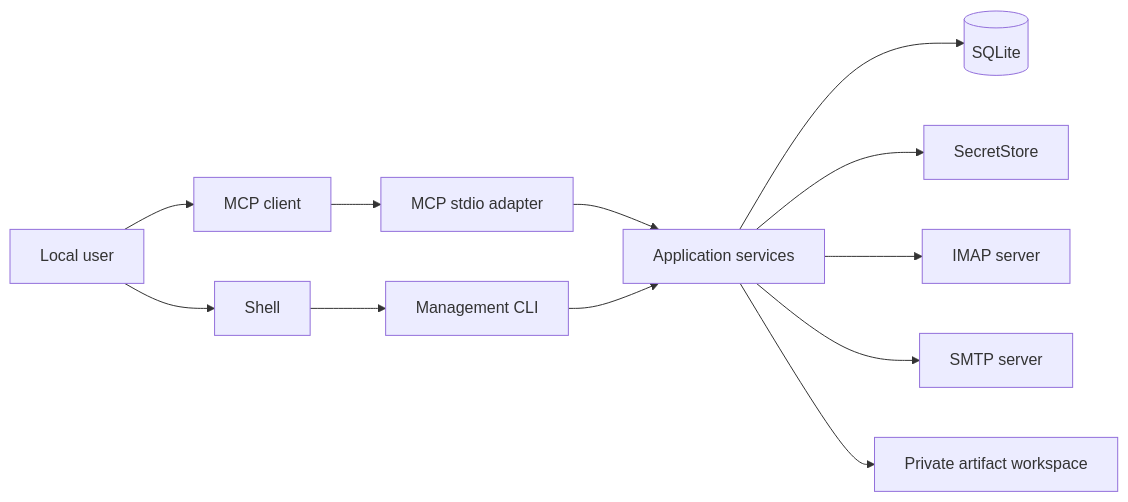
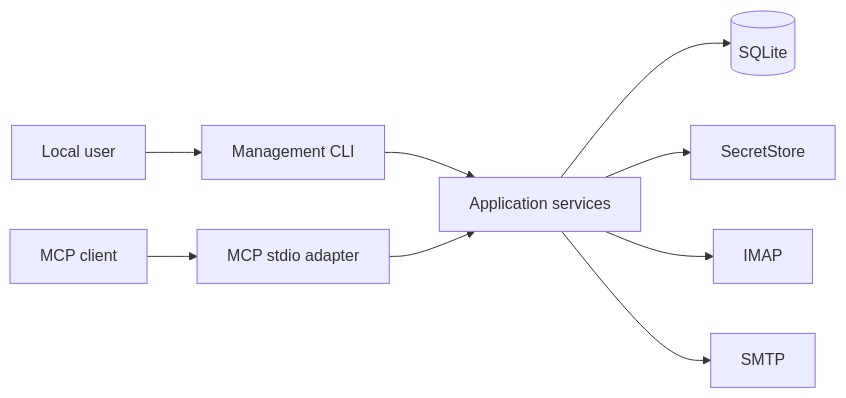
One commit to Wh1isper/mcp-email-server changed the diagram in spec/README.md. Above: the diagram before and after it, drawn with Mermaid. The commit also changed other lines of this file and 14 other files, not shown here.

````diff
--- a/spec/README.md
+++ b/spec/README.md
@@ -77,26 +31,21 @@
 ```mermaid
 flowchart LR
     USER[Local user]
     CLIENT[MCP client]
-    SHELL[Shell]
+    CLI[Management CLI]
     MCP[MCP stdio adapter]
-    CLI[Management CLI]
     APP[Application services]
     DB[(SQLite)]
     SECRET[SecretStore]
-    IMAP[IMAP server]
-    SMTP[SMTP server]
-    FILES[Private artifact workspace]
+    IMAP[IMAP]
+    SMTP[SMTP]
 
-    USER --> CLIENT
-    USER --> SHELL
+    USER --> CLI
     CLIENT --> MCP
-    SHELL --> CLI
+    CLI --> APP
     MCP --> APP
-    CLI --> APP
     APP --> DB
     APP --> SECRET
     APP --> IMAP
     APP --> SMTP
-    APP --> FILES
 ```
````
